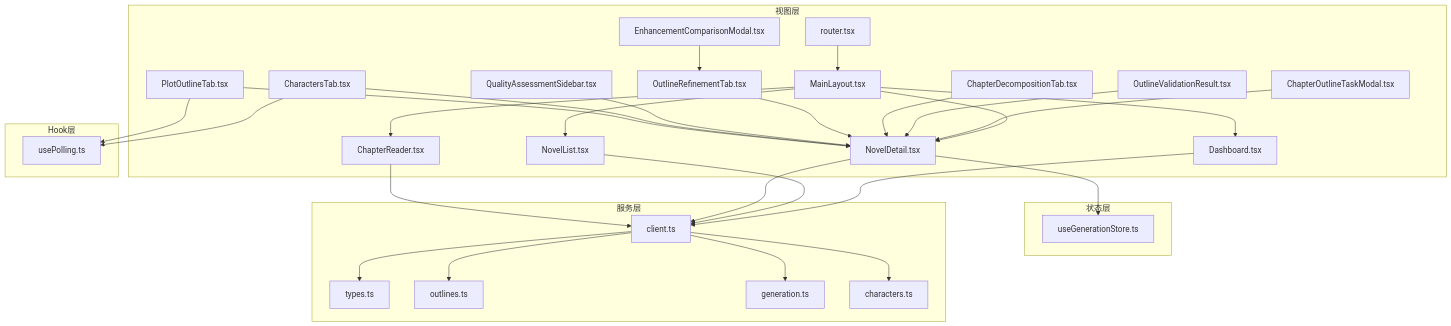
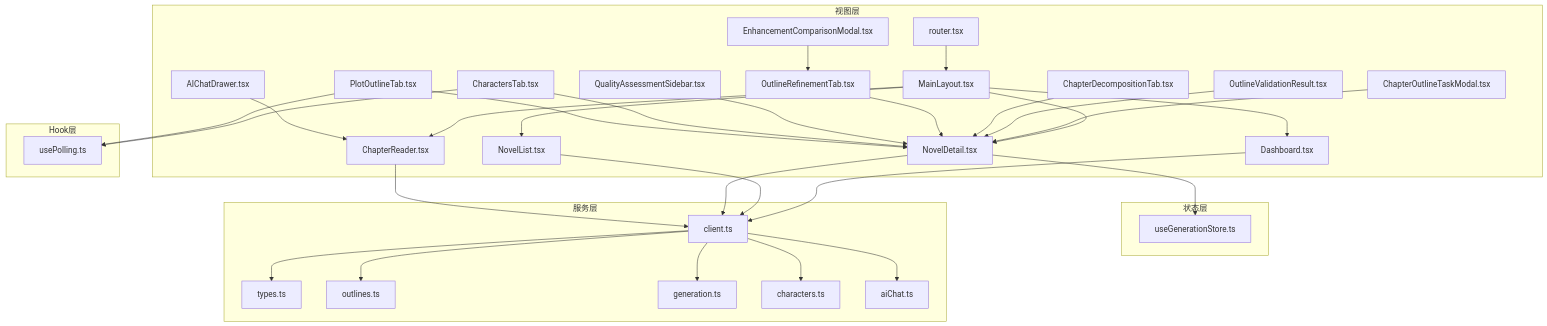
One commit to xfbyxq/ai-novel-system changed the second of 8 diagrams in .qoder/repowiki/zh/content/前端架构/前端架构.md. Above: the diagram before and after it, drawn with Mermaid. The commit also changed other lines of this file and 13 other files, not shown here.

````diff
--- a/.qoder/repowiki/zh/content/前端架构/前端架构.md
+++ b/.qoder/repowiki/zh/content/前端架构/前端架构.md
@@ -191,56 +199,60 @@
 ```mermaid
 graph TB
 subgraph "视图层"
 R["router.tsx"]
 L["MainLayout.tsx"]
 P1["Dashboard.tsx"]
 P2["NovelList.tsx"]
 P3["NovelDetail.tsx"]
 P4["ChapterReader.tsx"]
 C1["ChapterOutlineTaskModal.tsx"]
 C2["OutlineValidationResult.tsx"]
 C3["ChapterDecompositionTab.tsx"]
 C4["OutlineRefinementTab.tsx"]
 C5["EnhancementComparisonModal.tsx"]
 C6["QualityAssessmentSidebar.tsx"]
 X["CharactersTab.tsx"]
 Y["PlotOutlineTab.tsx"]
+CC["AIChatDrawer.tsx"]
 end
 subgraph "状态层"
 Z["useGenerationStore.ts"]
 end
 subgraph "服务层"
 C["client.ts"]
 T["types.ts"]
 O["outlines.ts"]
 G["generation.ts"]
 CH["characters.ts"]
+AC["aiChat.ts"]
 end
 subgraph "Hook层"
 UP["usePolling.ts"]
 end
 R --> L
 L --> P1
 L --> P2
 L --> P3
 L --> P4
 P3 --> Z
 P1 --> C
 P2 --> C
 P3 --> C
 P4 --> C
 C --> T
 C --> O
 C --> G
 C --> CH
+C --> AC
 C1 --> P3
 C2 --> P3
 C3 --> P3
 C4 --> P3
 C5 --> C4
 C6 --> P3
 X --> P3
 Y --> P3
 X --> UP
 Y --> UP
+CC --> P4
 ```
````
